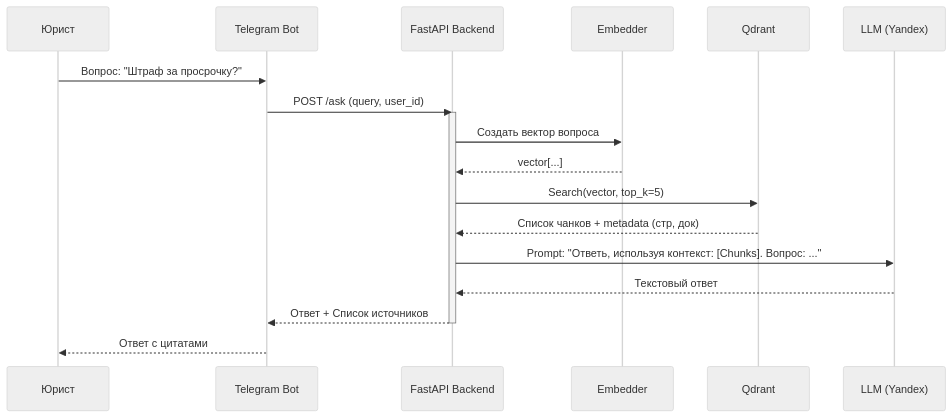
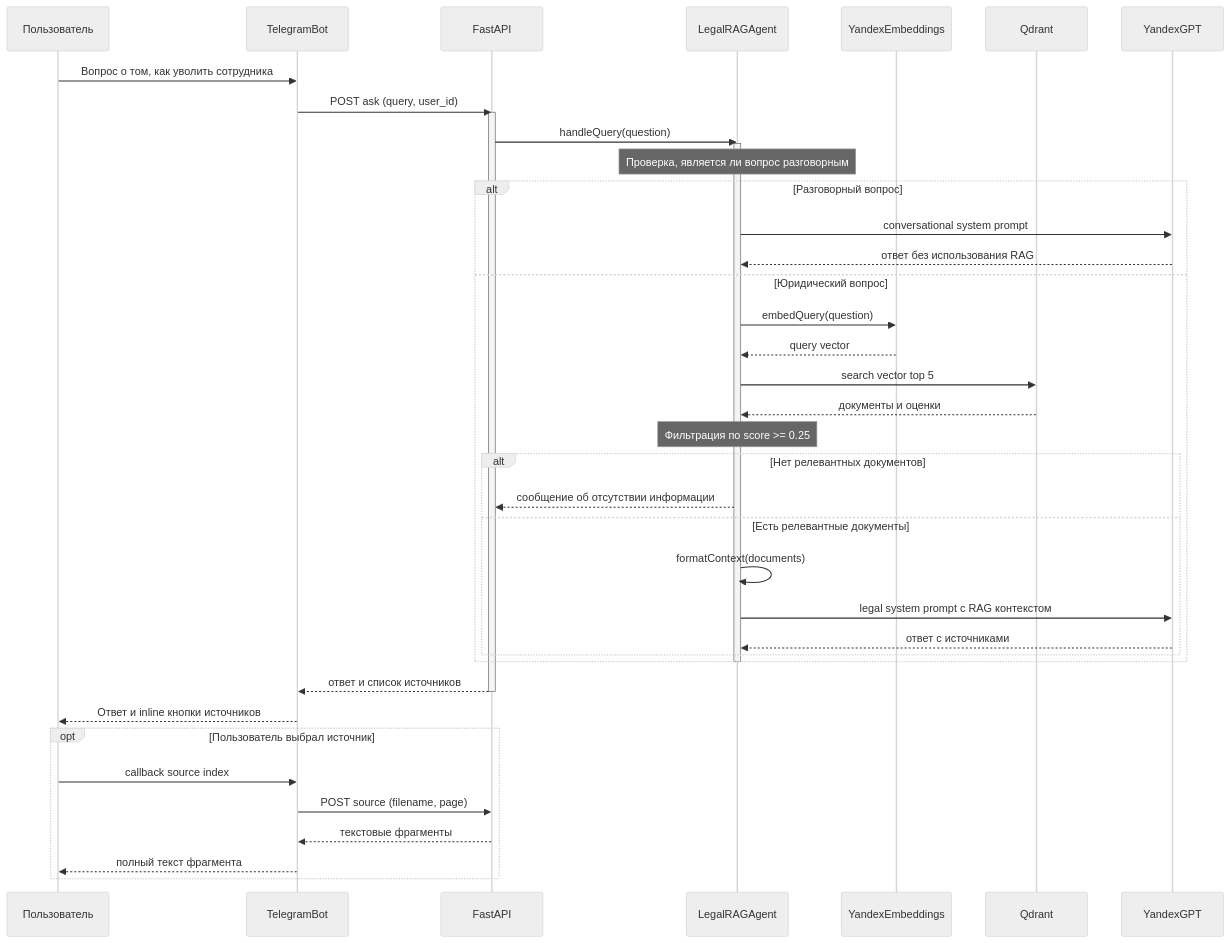
Before and after one commit to ugryumnik/hse-python-advanced-project: the second of 3 diagrams in README.md, drawn with Mermaid (neutral theme).

Commit message:
Update RAG process

````diff
--- a/README.md
+++ b/README.md
@@ -154,27 +154,55 @@
 ```mermaid
 sequenceDiagram
-    participant User as Юрист
-    participant Bot as Telegram Bot
-    participant Backend as FastAPI Backend
-    participant Embed as Embedder
-    participant VectorDB as Qdrant
-    participant LLM as LLM (Yandex)
+    participant User as Пользователь
+    participant Bot as TelegramBot
+    participant API as FastAPI
+    participant Agent as LegalRAGAgent
+    participant Embed as YandexEmbeddings
+    participant Qdrant as Qdrant
+    participant GPT as YandexGPT
 
-    User->>Bot: Вопрос: "Штраф за просрочку?"
-    Bot->>Backend: POST /ask (query, user_id)
+    User->>Bot: Вопрос о том, как уволить сотрудника
+    Bot->>API: POST ask (query, user_id)
     
-    activate Backend
-    Backend->>Embed: Создать вектор вопроса
-    Embed-->>Backend: vector[...]
+    activate API
+    API->>Agent: handleQuery(question)
     
-    Backend->>VectorDB: Search(vector, top_k=5)
-    VectorDB-->>Backend: Список чанков + metadata (стр, док)
+    activate Agent
     
-    Backend->>LLM: Prompt: "Ответь, используя контекст: [Chunks]. Вопрос: ..."
-    LLM-->>Backend: Текстовый ответ
+    Note over Agent: Проверка, является ли вопрос разговорным
+    alt Разговорный вопрос
+        Agent->>GPT: conversational system prompt
+        GPT-->>Agent: ответ без использования RAG
+    else Юридический вопрос
+        Agent->>Embed: embedQuery(question)
+        Embed-->>Agent: query vector
+        
+        Agent->>Qdrant: search vector top 5
+        Qdrant-->>Agent: документы и оценки
+        
+        Note over Agent: Фильтрация по score >= 0.25
+        
+        alt Нет релевантных документов
+            Agent-->>API: сообщение об отсутствии информации
+        else Есть релевантные документы
+            Agent->>Agent: formatContext(documents)
+            Agent->>GPT: legal system prompt с RAG контекстом
+            GPT-->>Agent: ответ с источниками
+        end
+    end
     
-    Backend-->>Bot: Ответ + Список источников
-    deactivate Backend
+    deactivate Agent
     
-    Bot-->>User: Ответ с цитатами
+    API-->>Bot: ответ и список источников
+    deactivate API
+    
+    Bot-->>User: Ответ и inline кнопки источников
+    
+    opt Пользователь выбрал источник
+        User->>Bot: callback source index
+        Bot->>API: POST source (filename, page)
+        API-->>Bot: текстовые фрагменты
+        Bot-->>User: полный текст фрагмента
+    end
+
 ```
````
